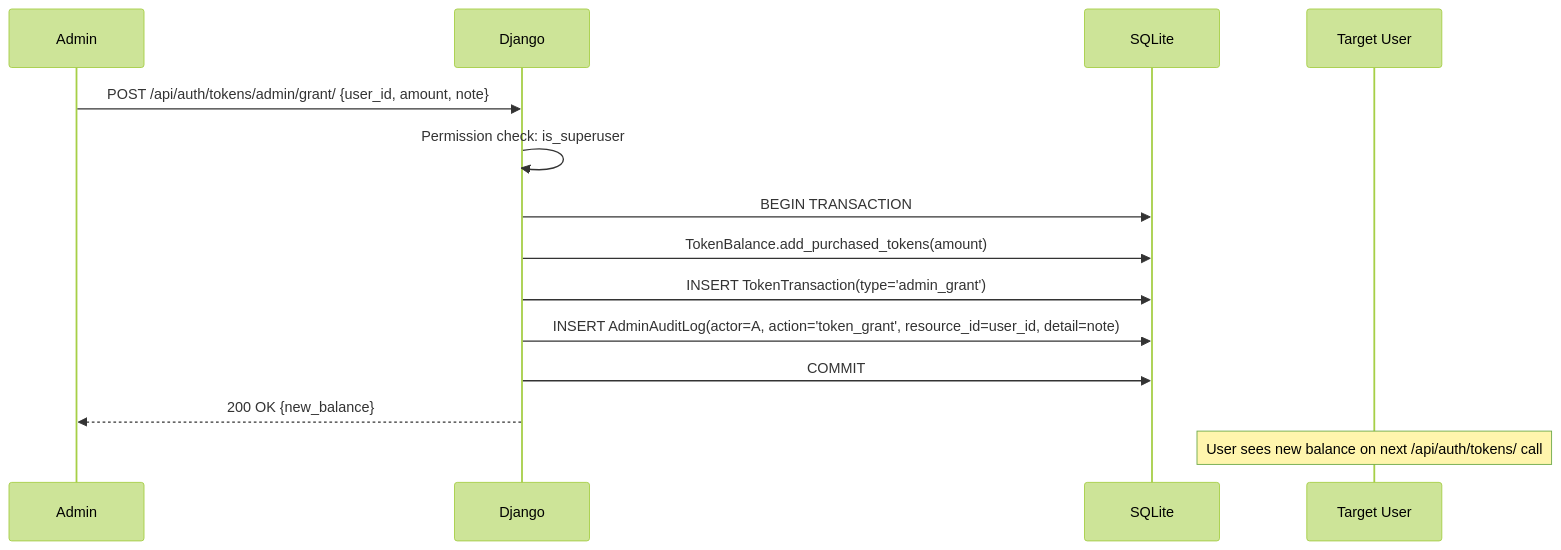
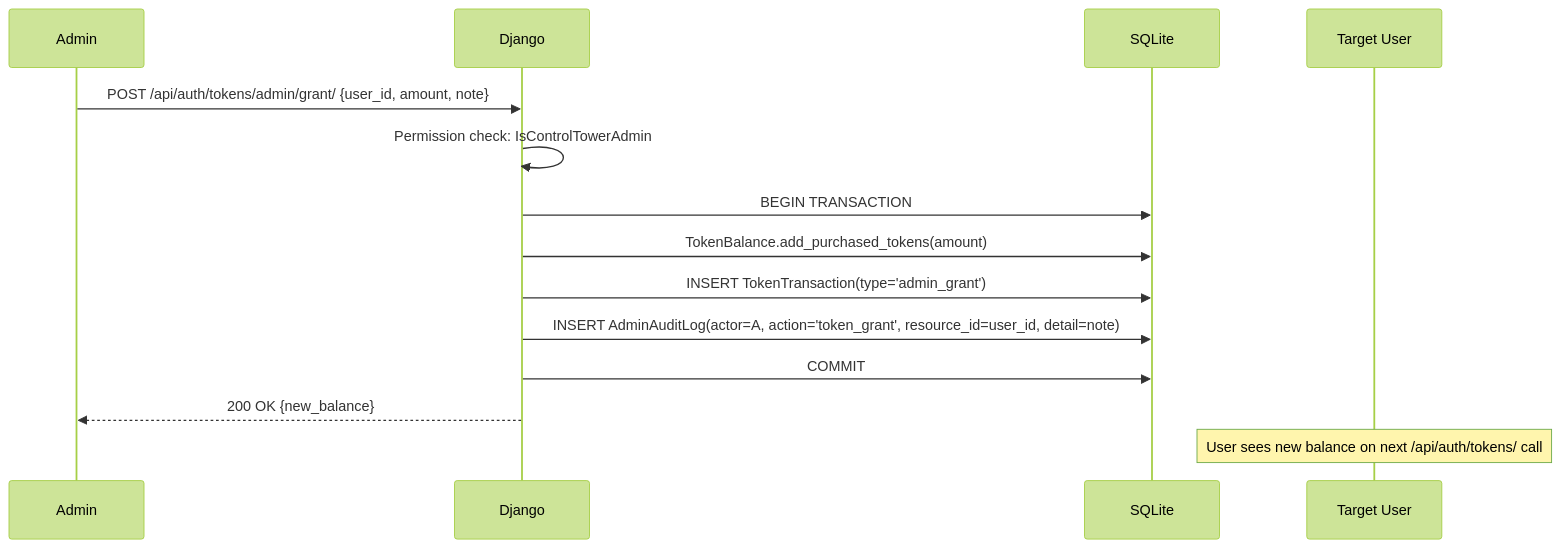
One commit to Divyanshu1Dubey/Crack_Me_AI changed the second of 2 diagrams in docs/ADMIN_SYSTEM.md. Above: the diagram before and after it, drawn with Mermaid (forest theme). The commit also changed other lines of this file and 26 other files, not shown here.

````diff
--- a/docs/ADMIN_SYSTEM.md
+++ b/docs/ADMIN_SYSTEM.md
@@ -151,17 +153,17 @@
 ```mermaid
 sequenceDiagram
     participant A as Admin
     participant API as Django
     participant DB as SQLite
     participant T as Target User
 
     A->>API: POST /api/auth/tokens/admin/grant/ {user_id, amount, note}
-    API->>API: Permission check: is_superuser
+    API->>API: Permission check: IsControlTowerAdmin
     API->>DB: BEGIN TRANSACTION
     API->>DB: TokenBalance.add_purchased_tokens(amount)
     API->>DB: INSERT TokenTransaction(type='admin_grant')
     API->>DB: INSERT AdminAuditLog(actor=A, action='token_grant', resource_id=user_id, detail=note)
     API->>DB: COMMIT
     API-->>A: 200 OK {new_balance}
     Note over T: User sees new balance on next /api/auth/tokens/ call
 ```
````
